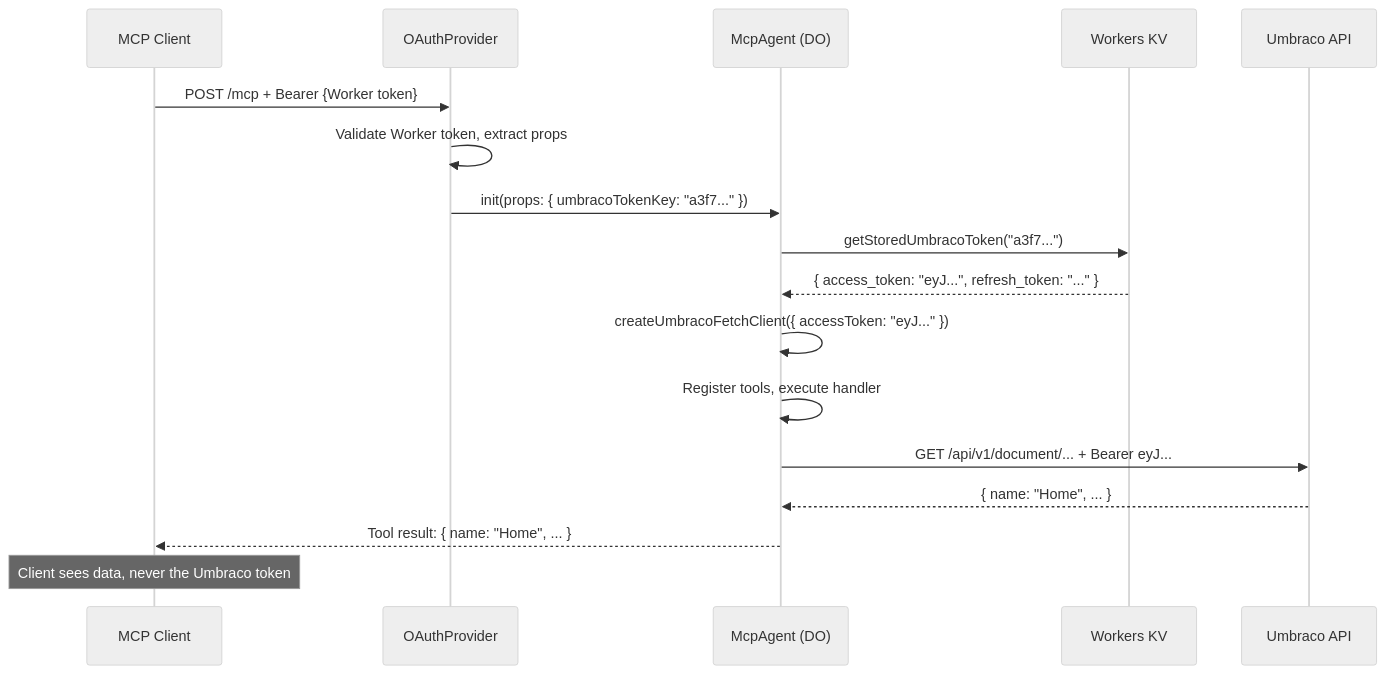
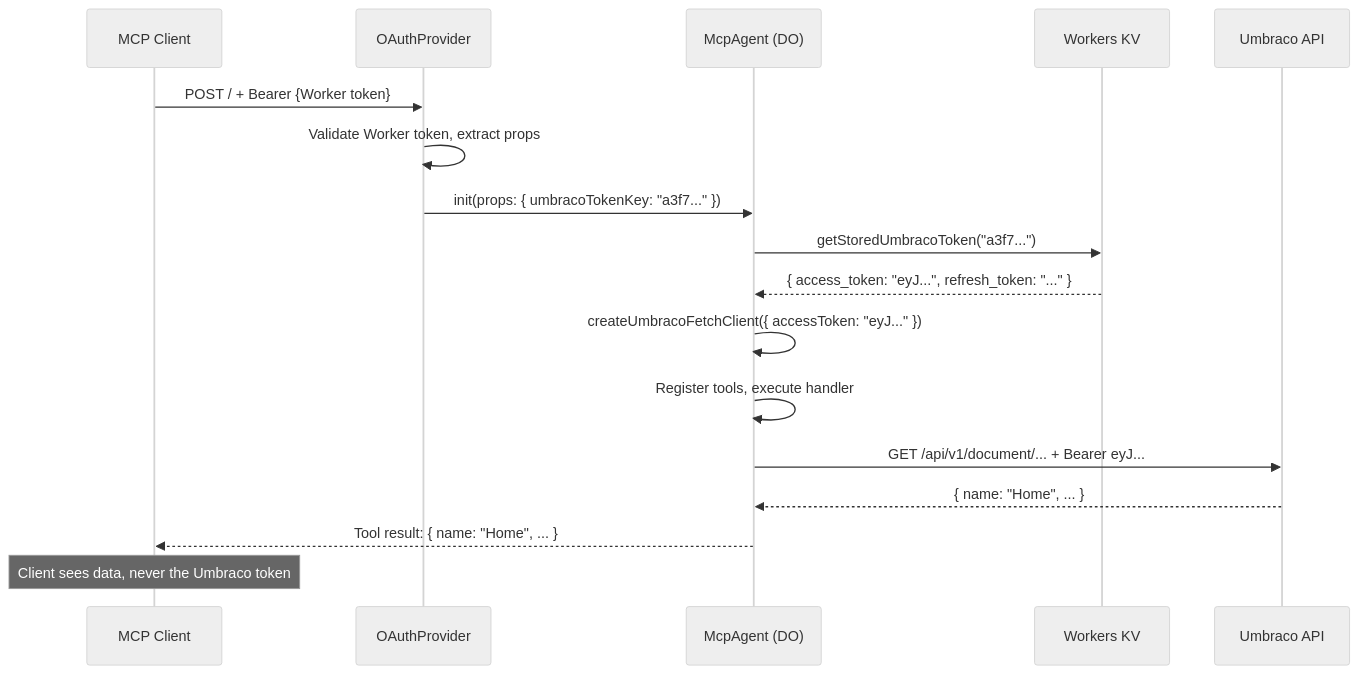
One commit to umbraco/Umbraco-MCP-Base changed the fourth of 5 diagrams in packages/hosted-mcp/docs/token-isolation.md. Above: the diagram before and after it, drawn with Mermaid (neutral theme). The commit also changed other lines of this file and 47 other files, not shown here.

````diff
--- a/packages/hosted-mcp/docs/token-isolation.md
+++ b/packages/hosted-mcp/docs/token-isolation.md
@@ -136,24 +136,24 @@
 ```mermaid
 sequenceDiagram
     participant Client as MCP Client
     participant Provider as OAuthProvider
     participant Agent as McpAgent (DO)
     participant KV as Workers KV
     participant Umbraco as Umbraco API
 
-    Client->>Provider: POST /mcp + Bearer {Worker token}
+    Client->>Provider: POST / + Bearer {Worker token}
     Provider->>Provider: Validate Worker token, extract props
     Provider->>Agent: init(props: { umbracoTokenKey: "a3f7..." })
 
     Agent->>KV: getStoredUmbracoToken("a3f7...")
     KV-->>Agent: { access_token: "eyJ...", refresh_token: "..." }
 
     Agent->>Agent: createUmbracoFetchClient({ accessToken: "eyJ..." })
     Agent->>Agent: Register tools, execute handler
 
     Agent->>Umbraco: GET /api/v1/document/... + Bearer eyJ...
     Umbraco-->>Agent: { name: "Home", ... }
     Agent-->>Client: Tool result: { name: "Home", ... }
 
     Note over Client: Client sees data, never the Umbraco token
 ```
````
